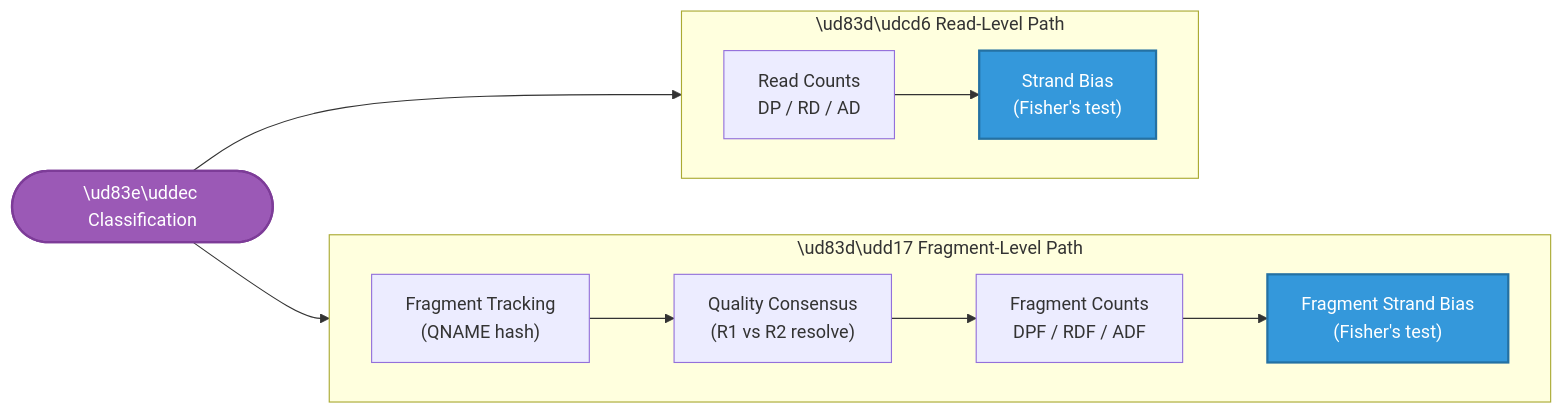
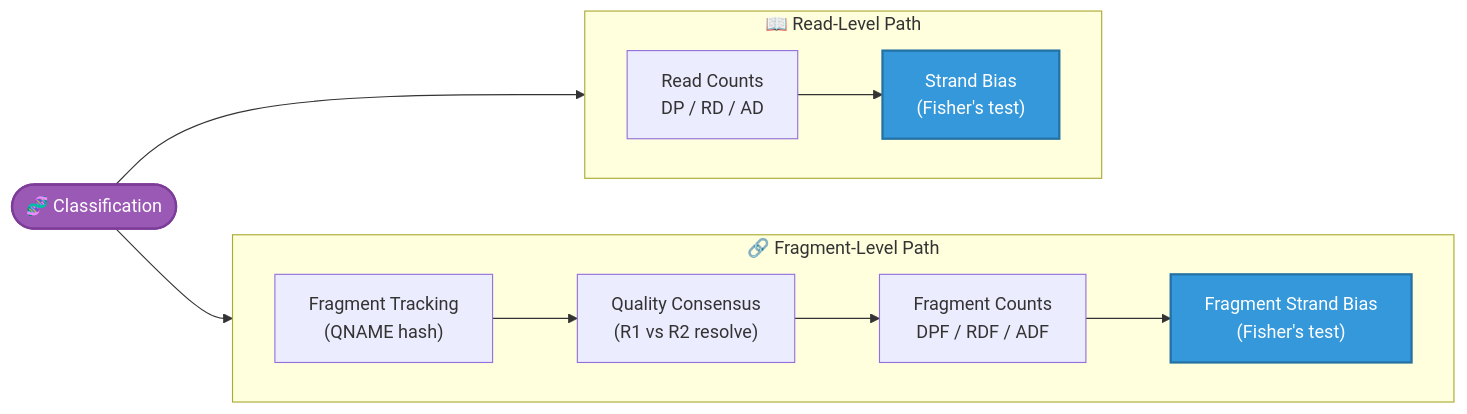
The first of 5 diagrams in docs/reference/counting-metrics.md (msk-access/gbcms), drawn with Mermaid before and after one commit. The commit also changed 4 other files, not shown here.

````diff
--- a/docs/reference/counting-metrics.md
+++ b/docs/reference/counting-metrics.md
@@ -15,21 +15,21 @@
 ```mermaid
 flowchart LR
-    Class(["\ud83e\uddec Classification"]):::start
+    Class(["🧬 Classification"]):::start
 
-    subgraph ReadLevel ["\ud83d\udcd6 Read-Level Path"]
+    subgraph ReadLevel ["📖 Read-Level Path"]
         direction LR
         RL1["Read Counts\nDP / RD / AD"] --> SB["Strand Bias\n(Fisher's test)"]
     end
 
-    subgraph FragLevel ["\ud83d\udd17 Fragment-Level Path"]
+    subgraph FragLevel ["🔗 Fragment-Level Path"]
         direction LR
         FL1["Fragment Tracking\n(QNAME hash)"] --> FL2["Quality Consensus\n(R1 vs R2 resolve)"] --> FL3["Fragment Counts\nDPF / RDF / ADF"] --> FSB["Fragment Strand Bias\n(Fisher's test)"]
     end
 
     Class --> ReadLevel
     Class --> FragLevel
 
     classDef start fill:#9b59b6,color:#fff,stroke:#7d3c98,stroke-width:2px;
     classDef metrics fill:#3498db,color:#fff,stroke:#2471a3,stroke-width:2px;
     class SB,FSB metrics;
 ```
````
